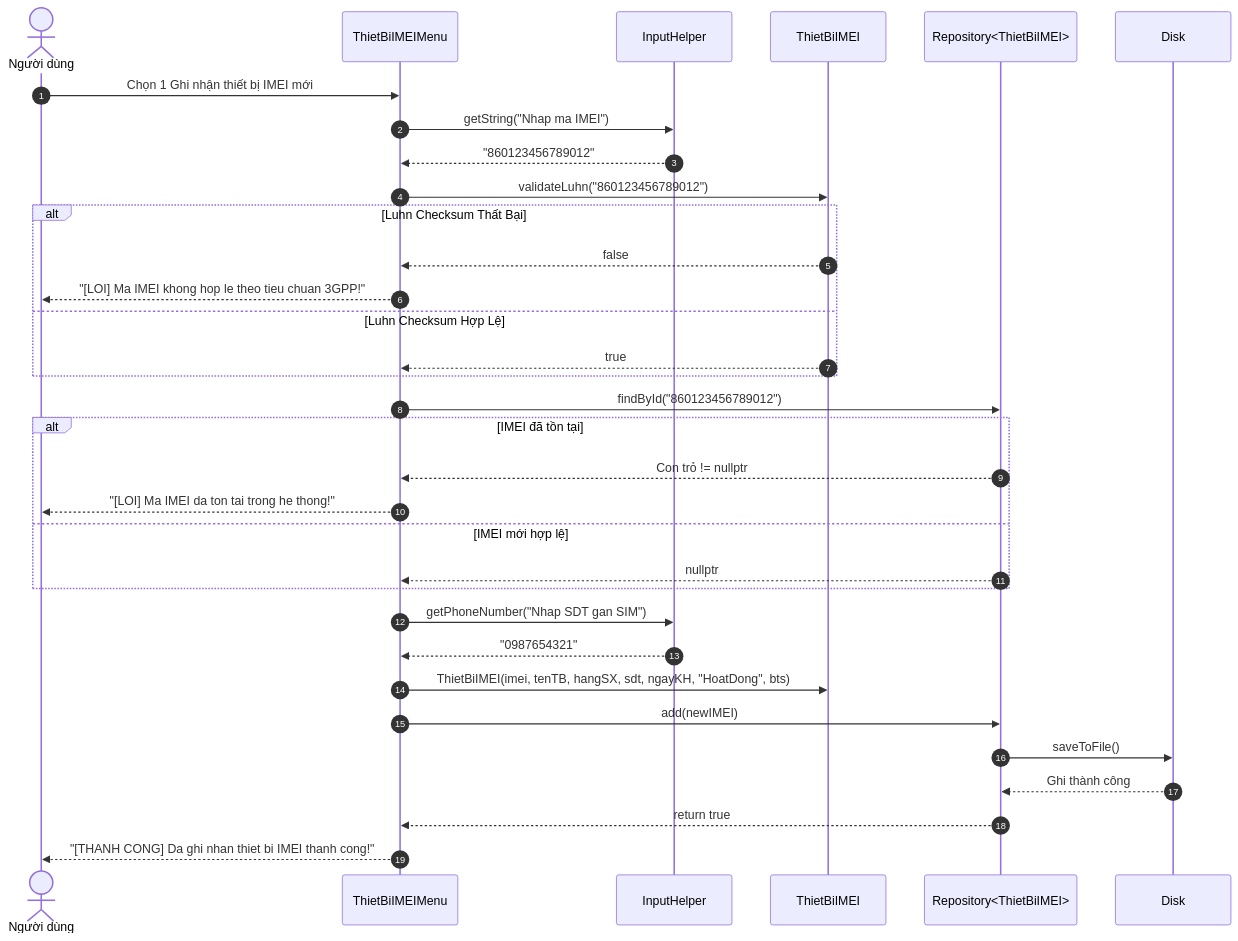
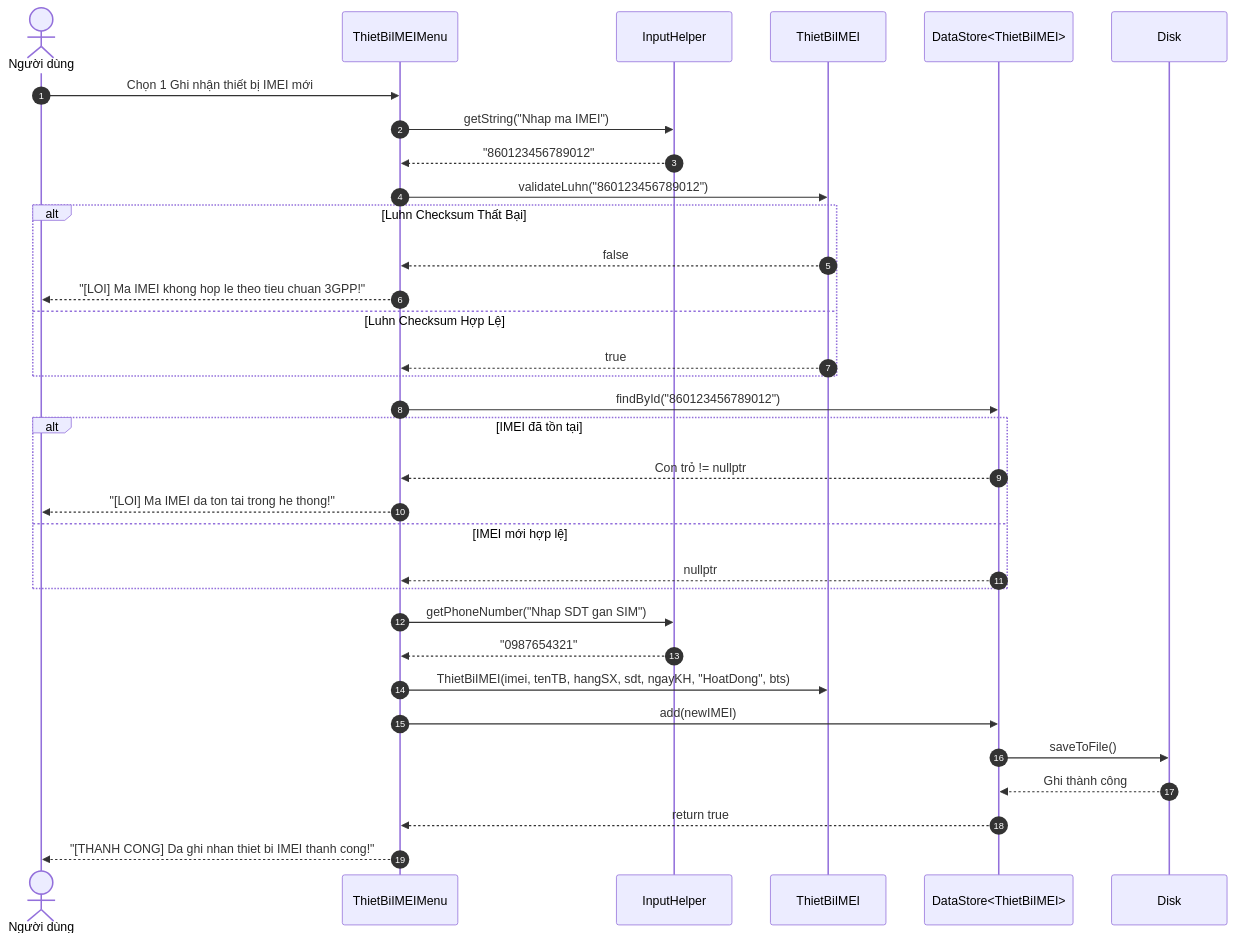
Before and after one commit to vgbn2/BTL_KTLT: the third of 6 diagrams in docs/Operational/INTERACTION_DIAGRAM.md, drawn with Mermaid. The commit also changed other lines of this file and 20 other files, not shown here.

````diff
--- a/docs/Operational/INTERACTION_DIAGRAM.md
+++ b/docs/Operational/INTERACTION_DIAGRAM.md
@@ -122,40 +122,40 @@
 ```mermaid
 sequenceDiagram
     autonumber
     actor User as Người dùng
     participant Menu as ThietBiIMEIMenu
     participant Input as InputHelper
     participant IMEI as ThietBiIMEI
-    participant Repo as Repository<ThietBiIMEI>
+    participant Repo as DataStore<ThietBiIMEI>
     participant File as Disk
 
     User->>Menu: Chọn 1 Ghi nhận thiết bị IMEI mới
     Menu->>Input: getString("Nhap ma IMEI")
     Input-->>Menu: "860123456789012"
 
     Menu->>IMEI: validateLuhn("860123456789012")
     alt Luhn Checksum Thất Bại
         IMEI-->>Menu: false
         Menu-->>User: "[LOI] Ma IMEI khong hop le theo tieu chuan 3GPP!"
     else Luhn Checksum Hợp Lệ
         IMEI-->>Menu: true
     end
 
     Menu->>Repo: findById("860123456789012")
     alt IMEI đã tồn tại
         Repo-->>Menu: Con trỏ != nullptr
         Menu-->>User: "[LOI] Ma IMEI da ton tai trong he thong!"
     else IMEI mới hợp lệ
         Repo-->>Menu: nullptr
     end
 
     Menu->>Input: getPhoneNumber("Nhap SDT gan SIM")
     Input-->>Menu: "0987654321"
 
     Menu->>IMEI: ThietBiIMEI(imei, tenTB, hangSX, sdt, ngayKH, "HoatDong", bts)
     Menu->>Repo: add(newIMEI)
     Repo->>File: saveToFile()
     File-->>Repo: Ghi thành công
     Repo-->>Menu: return true
     Menu-->>User: "[THANH CONG] Da ghi nhan thiet bi IMEI thanh cong!"
 ```
````
